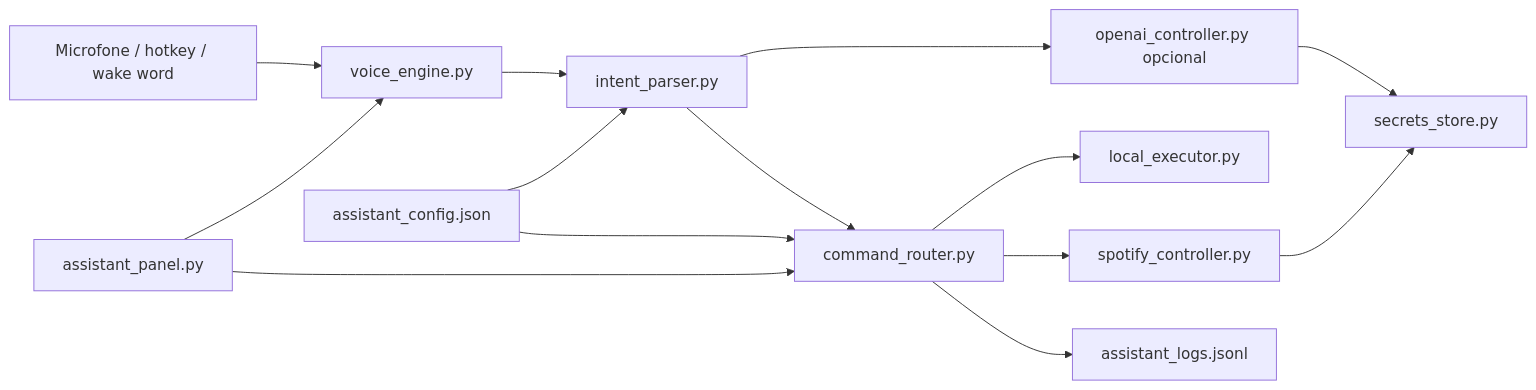
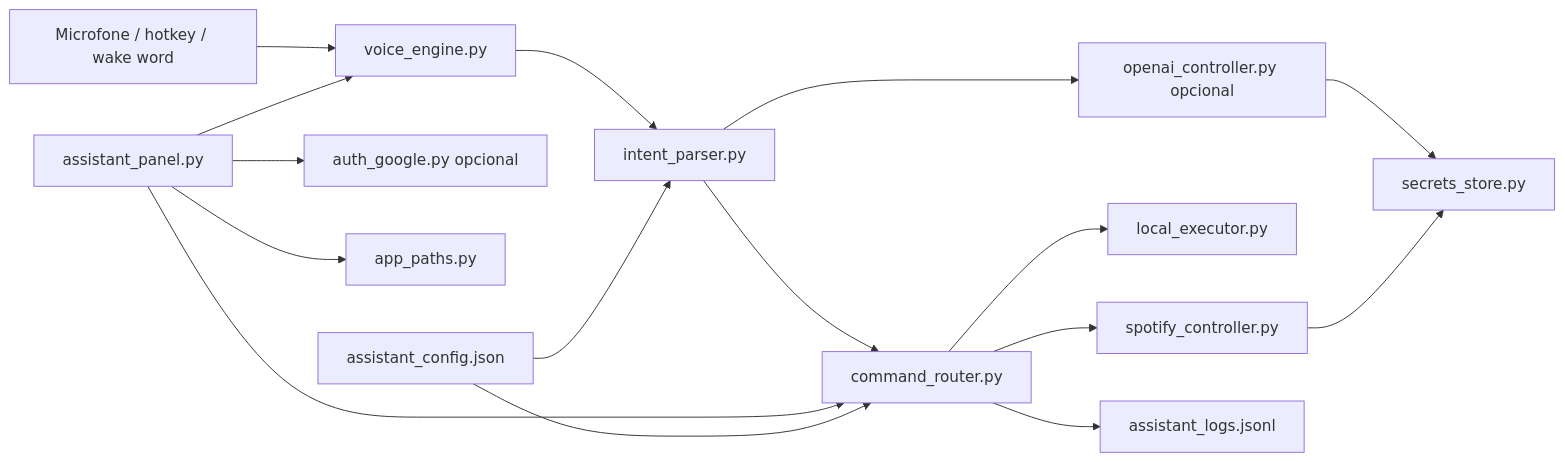
The diagram in docs/ARCHITECTURE.md (mask-bit/pc-control), drawn with Mermaid before and after one commit. The commit also changed other lines of this file and 22 other files, not shown here.

````diff
--- a/docs/ARCHITECTURE.md
+++ b/docs/ARCHITECTURE.md
@@ -7,16 +7,18 @@
 ```mermaid
 flowchart LR
   Mic["Microfone / hotkey / wake word"] --> Voice["voice_engine.py"]
   Voice --> Parser["intent_parser.py"]
   Parser --> OpenAI["openai_controller.py opcional"]
   Parser --> Router["command_router.py"]
   Router --> Exec["local_executor.py"]
   Router --> Spotify["spotify_controller.py"]
   Router --> Logs["assistant_logs.jsonl"]
   OpenAI --> Secrets["secrets_store.py"]
   Spotify --> Secrets
+  Panel --> Google["auth_google.py opcional"]
+  Panel --> Paths["app_paths.py"]
   Panel["assistant_panel.py"] --> Voice
   Panel --> Router
   Config["assistant_config.json"] --> Parser
   Config --> Router
 ```
````
